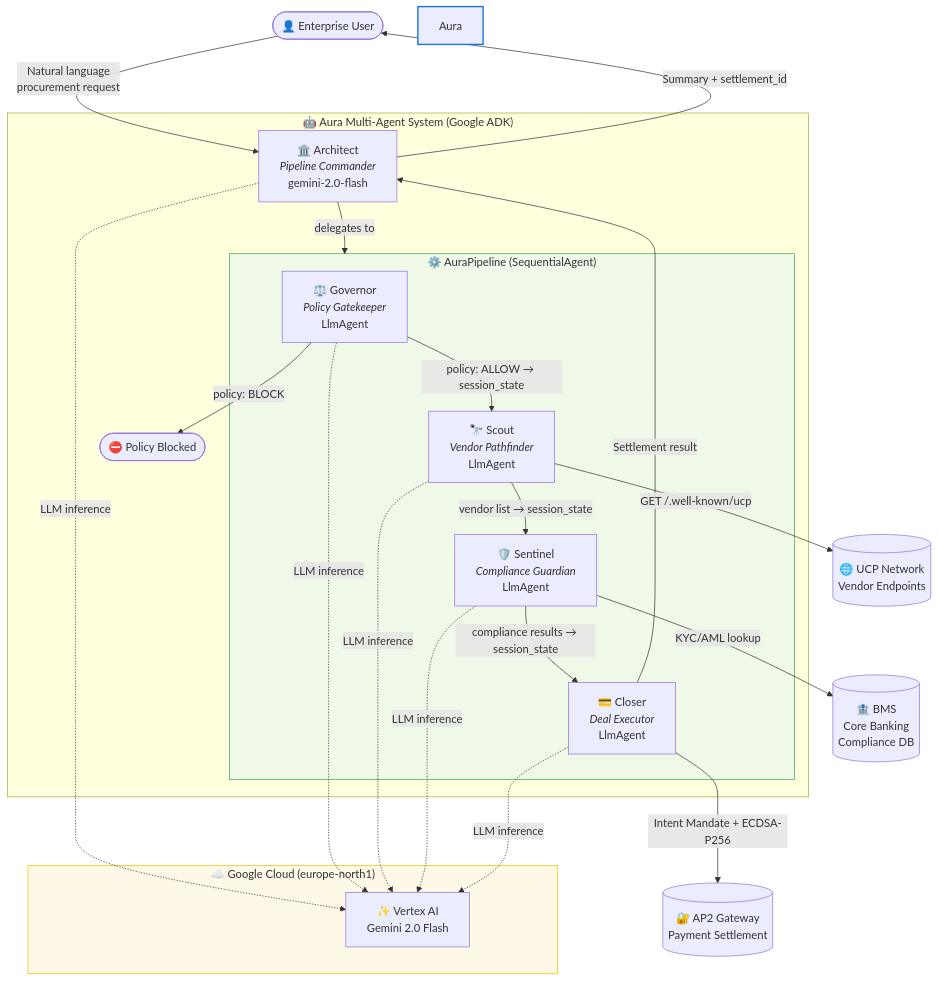
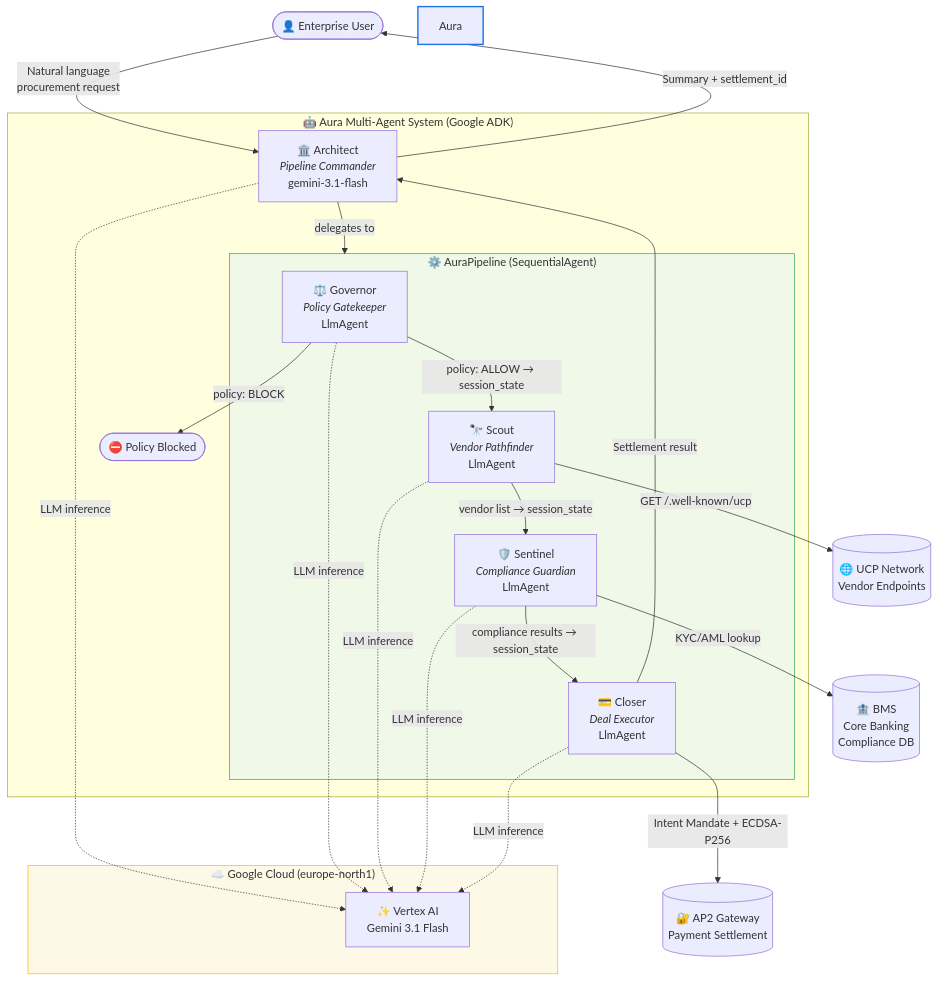
Before and after one commit to shailwx/aura: the diagram in docs/ARCHITECTURE.md, drawn with Mermaid. The commit also changed other lines of this file and 17 other files, not shown here.

First line of the commit message:
chore: upgrade model references from Gemini 2.0 Flash to Gemini 3.1 Flash

````diff
--- a/docs/ARCHITECTURE.md
+++ b/docs/ARCHITECTURE.md
@@ -11,42 +11,42 @@
 ```mermaid
 graph TD
     User([👤 Enterprise User]) -->|Natural language<br/>procurement request| Architect
 
     subgraph Aura MAS ["🤖 Aura Multi-Agent System (Google ADK)"]
-        Architect["🏛️ Architect<br/><i>Pipeline Commander</i><br/>gemini-2.0-flash"]
+        Architect["🏛️ Architect<br/><i>Pipeline Commander</i><br/>gemini-3.1-flash"]
 
         subgraph Pipeline ["⚙️ AuraPipeline (SequentialAgent)"]
             Governor["⚖️ Governor<br/><i>Policy Gatekeeper</i><br/>LlmAgent"]
             Scout["🔭 Scout<br/><i>Vendor Pathfinder</i><br/>LlmAgent"]
             Sentinel["🛡️ Sentinel<br/><i>Compliance Guardian</i><br/>LlmAgent"]
             Closer["💳 Closer<br/><i>Deal Executor</i><br/>LlmAgent"]
         end
 
         Architect -->|delegates to| Pipeline
         Governor -->|policy: ALLOW → session_state| Scout
         Governor -->|policy: BLOCK| PolicyBlocked(["⛔ Policy Blocked"])
         Scout -->|vendor list → session_state| Sentinel
         Sentinel -->|compliance results → session_state| Closer
     end
 
     Scout -->|GET /.well-known/ucp| UCP[("🌐 UCP Network<br/>Vendor Endpoints")]
     Sentinel -->|KYC/AML lookup| BMS[("🏦 BMS<br/>Core Banking<br/>Compliance DB")]
     Closer -->|Intent Mandate + ECDSA-P256| AP2[("🔐 AP2 Gateway<br/>Payment Settlement")]
 
     Closer -->|Settlement result| Architect
     Architect -->|Summary + settlement_id| User
 
     subgraph GCP ["☁️ Google Cloud (europe-north1)"]
-        VertexAI["✨ Vertex AI<br/>Gemini 2.0 Flash"]
+        VertexAI["✨ Vertex AI<br/>Gemini 3.1 Flash"]
     end
 
     Architect -.->|LLM inference| VertexAI
     Governor -.->|LLM inference| VertexAI
     Scout -.->|LLM inference| VertexAI
     Sentinel -.->|LLM inference| VertexAI
     Closer -.->|LLM inference| VertexAI
 
     style Aura MAS fill:#e8f4f8,stroke:#1a73e8,stroke-width:2px
     style Pipeline fill:#f0f8e8,stroke:#34a853,stroke-width:1px
     style GCP fill:#fef9e7,stroke:#fbbc04,stroke-width:1px
 ```
````
